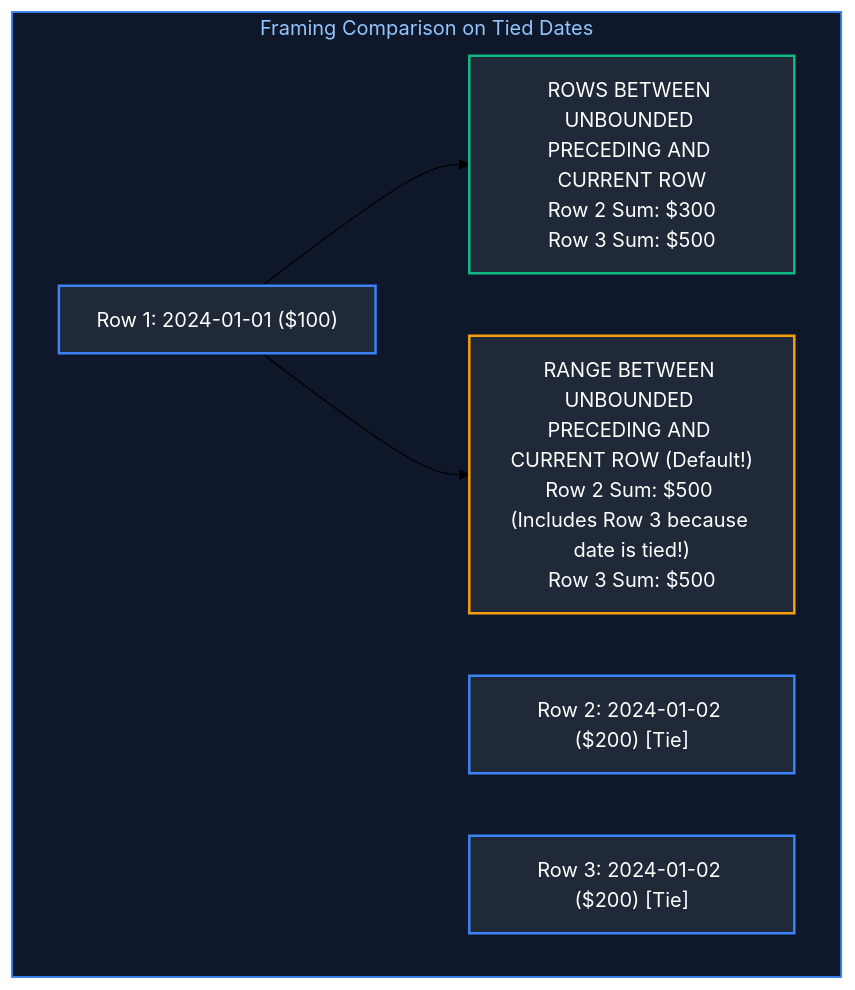
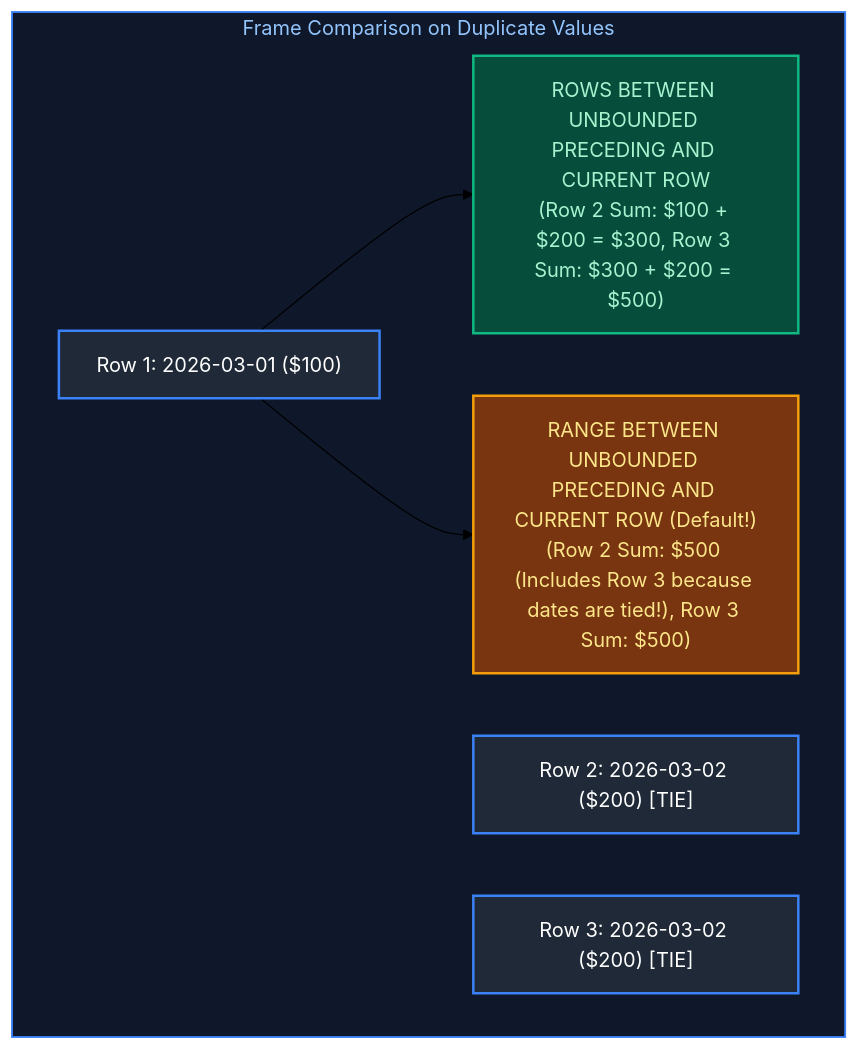
The tenth of 12 diagrams in Data Engineering/02_advanced_sql.md (joydeep-biswas/Interview-Preparation), drawn with Mermaid (forest theme) before and after one commit. The commit also changed other lines of this file and 143 other files, not shown here.

````diff
--- a/Data Engineering/02_advanced_sql.md
+++ b/Data Engineering/02_advanced_sql.md
@@ -632,19 +792,18 @@
 ```mermaid
 flowchart TD
-    subgraph FrameVisual ["Framing Comparison on Tied Dates"]
-        D1["Row 1: 2024-01-01 ($100)"]
-        D2["Row 2: 2024-01-02 ($200) [Tie]"]
-        D3["Row 3: 2024-01-02 ($200) [Tie]"]
+    subgraph FramingVisual ["Frame Comparison on Duplicate Values"]
+        Row1["Row 1: 2026-03-01 ($100)"]
+        Row2["Row 2: 2026-03-02 ($200) [TIE]"]
+        Row3["Row 3: 2026-03-02 ($200) [TIE]"]
         
-        D1 --> R_ROWS["ROWS BETWEEN UNBOUNDED PRECEDING AND CURRENT ROW<br/>Row 2 Sum: $300<br/>Row 3 Sum: $500"]
-        D1 --> R_RANGE["RANGE BETWEEN UNBOUNDED PRECEDING AND CURRENT ROW (Default!)<br/>Row 2 Sum: $500 (Includes Row 3 because date is tied!)<br/>Row 3 Sum: $500"]
+        Row1 --> ROWS_Path["ROWS BETWEEN UNBOUNDED PRECEDING AND CURRENT ROW<br/>(Row 2 Sum: $100 + $200 = $300, Row 3 Sum: $300 + $200 = $500)"]
+        Row1 --> RANGE_Path["RANGE BETWEEN UNBOUNDED PRECEDING AND CURRENT ROW (Default!)<br/>(Row 2 Sum: $500 (Includes Row 3 because dates are tied!), Row 3 Sum: $500)"]
     end
 
-    style FrameVisual fill:#0f172a,stroke:#3b82f6,stroke-width:1.5px,color:#93c5fd
-
-    style D1 fill:#1f2937,stroke:#3b82f6,stroke-width:2px,color:#fff
-    style D2 fill:#1f2937,stroke:#3b82f6,stroke-width:2px,color:#fff
-    style D3 fill:#1f2937,stroke:#3b82f6,stroke-width:2px,color:#fff
-    style R_ROWS fill:#1f2937,stroke:#10b981,stroke-width:2px,color:#fff
-    style R_RANGE fill:#1f2937,stroke:#f59e0b,stroke-width:2px,color:#fff
+    style FramingVisual fill:#0f172a,stroke:#3b82f6,stroke-width:1.5px,color:#93c5fd
+    style Row1 fill:#1f2937,stroke:#3b82f6,stroke-width:2px,color:#fff
+    style Row2 fill:#1f2937,stroke:#3b82f6,stroke-width:2px,color:#fff
+    style Row3 fill:#1f2937,stroke:#3b82f6,stroke-width:2px,color:#fff
+    style ROWS_Path fill:#064e3b,stroke:#10b981,stroke-width:2px,color:#a7f3d0
+    style RANGE_Path fill:#78350f,stroke:#f59e0b,stroke-width:2px,color:#fde68a
 ```
````
